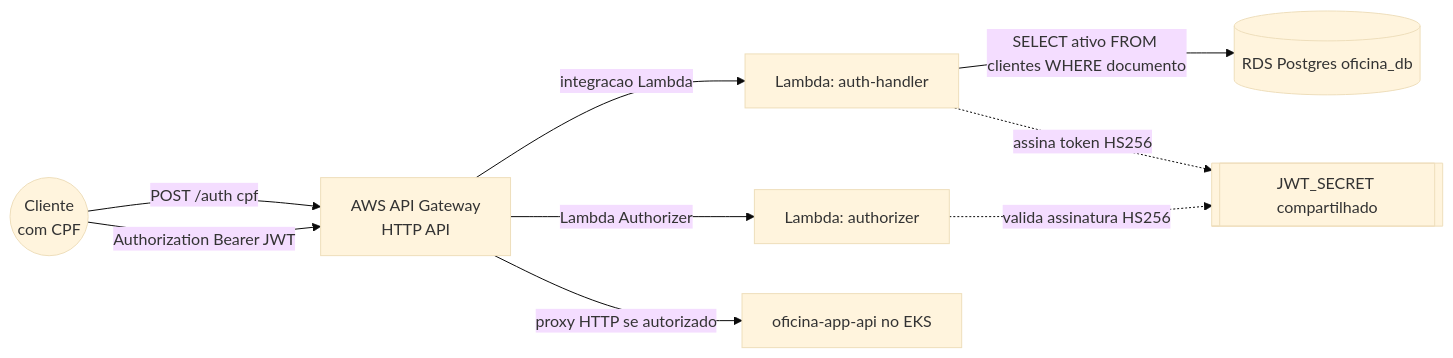
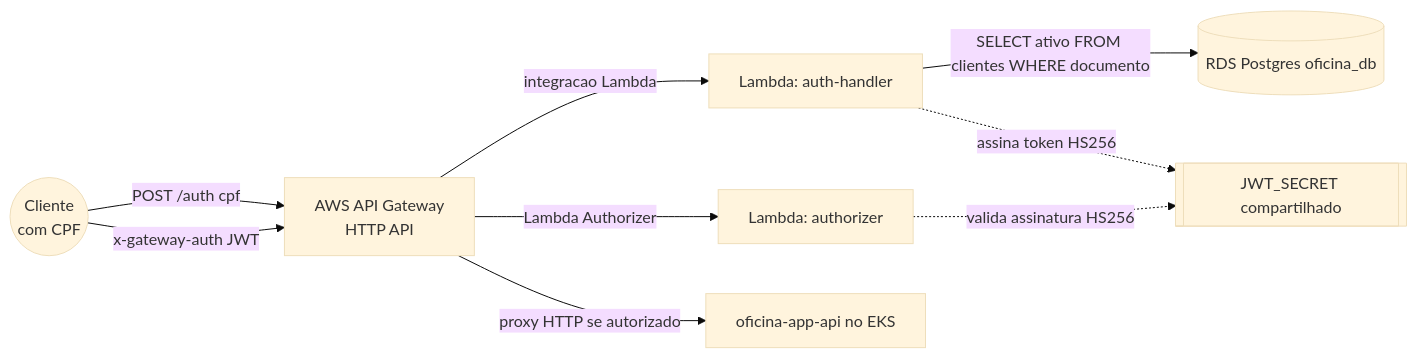
Before and after one commit to GrupoPosTech-FIAP/oficina-auth-gateway: the diagram in README.md, drawn with Mermaid (base theme). The commit also changed other lines of this file and 6 other files, not shown here.

Commit message:
fix: gateway auth header changed

````diff
--- a/README.md
+++ b/README.md
@@ -12,14 +12,14 @@
 ```mermaid
 flowchart LR
     Cliente((Cliente\ncom CPF))
     Cliente -->|POST /auth cpf| APIGW[AWS API Gateway\nHTTP API]
-    Cliente -->|Authorization Bearer JWT| APIGW
+    Cliente -->|x-gateway-auth JWT| APIGW
 
     APIGW -->|integracao Lambda| AuthFn[Lambda: auth-handler]
     APIGW -->|Lambda Authorizer| AuthzFn[Lambda: authorizer]
     APIGW -->|proxy HTTP se autorizado| AppAPI[oficina-app-api no EKS]
 
     AuthFn -->|SELECT ativo FROM clientes WHERE documento| RDS[(RDS Postgres oficina_db)]
     AuthzFn -.->|valida assinatura HS256| Secret[[JWT_SECRET compartilhado]]
     AuthFn -.->|assina token HS256| Secret
 ```
````
